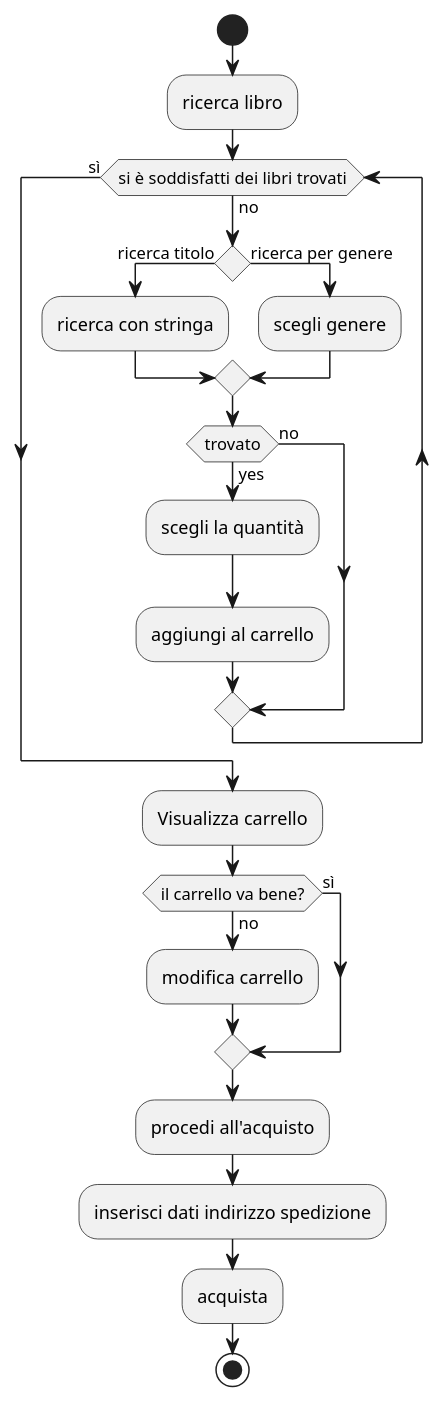
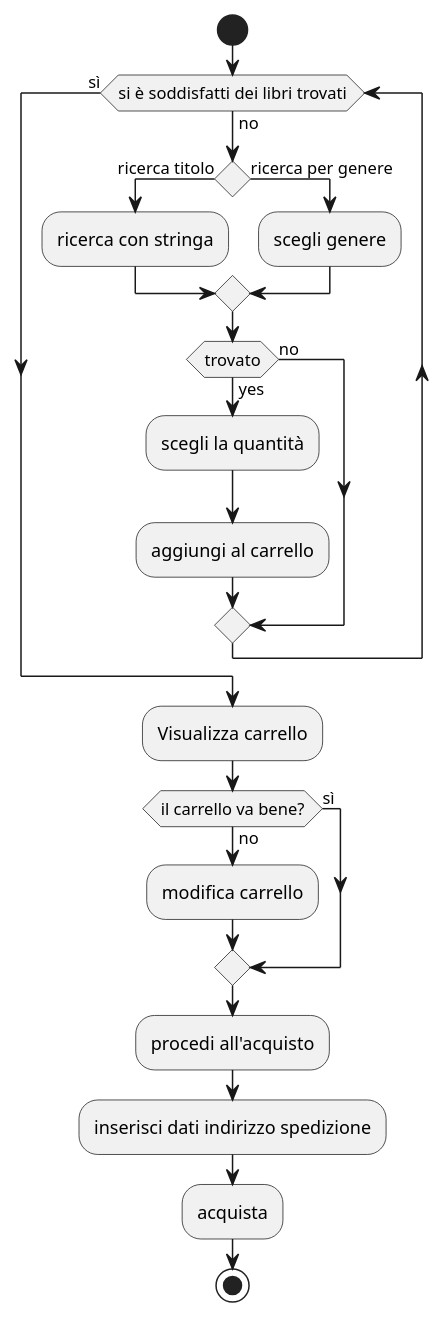
Before and after one commit to HGS-Andry/ProgettoIngsw: the diagram in Activity Diagram/AD_acquistoLibri.wsd, drawn with PlantUML. The commit also changed 3 other files, not shown here.

```diff
--- a/Activity Diagram/AD_acquistoLibri.wsd
+++ b/Activity Diagram/AD_acquistoLibri.wsd
@@ -1,26 +1,26 @@
 skinparam monochrome true
 skinparam shadowing false
 
 start
-:ricerca libro;
+':ricerca libro;
 while (si è soddisfatti dei libri trovati) is(no)
     if () then (ricerca titolo)
         :ricerca con stringa;
     else (ricerca per genere)
         :scegli genere;
     endif
     if (trovato) then (yes)
         :scegli la quantità;
         :aggiungi al carrello;
     else(no)
     endif
 endwhile (sì)
 :Visualizza carrello;
 if (il carrello va bene?) then (no)
     :modifica carrello;
 else (sì)
 endif
 :procedi all'acquisto;
 :inserisci dati indirizzo spedizione;
 :acquista;
 stop
```
